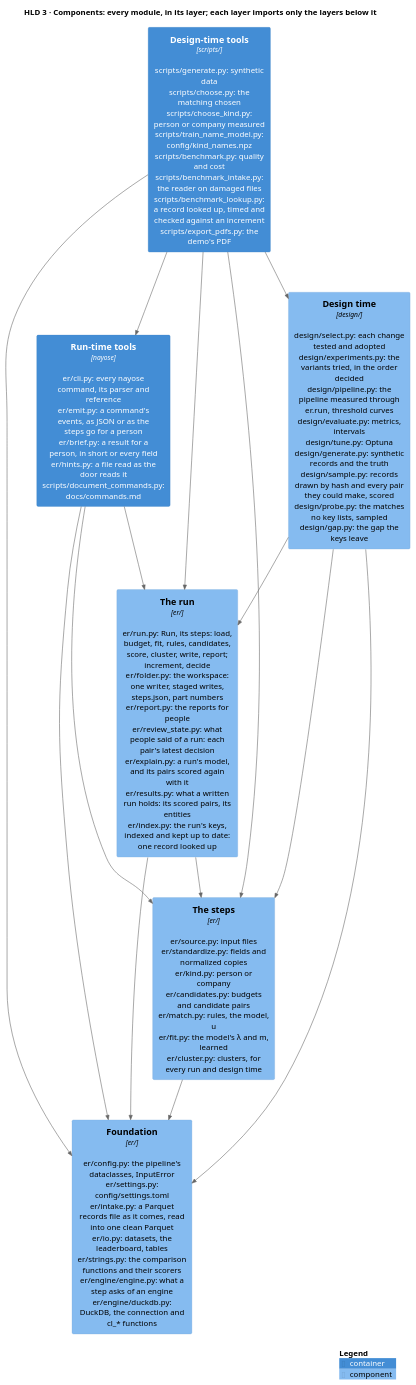
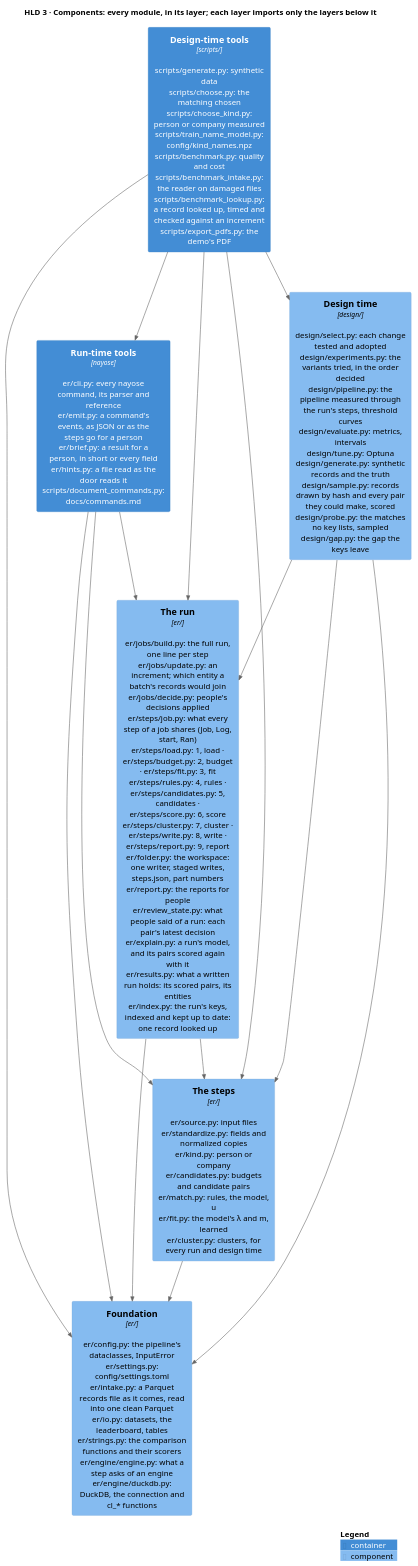
One commit to mvsbm/entity_matching changed the diagram in docs/diagrams/components.puml. Above: the diagram before and after it, drawn with PlantUML. The commit also changed 61 other files, not shown here.

First line of the commit message:
The Run class goes: each step is one module with its inputs and result explicit (er/steps/), and each job reads top to bottom (er/jobs/)

```diff
--- a/docs/diagrams/components.puml
+++ b/docs/diagrams/components.puml
@@ -1,31 +1,31 @@
 @startuml components
 !include <C4/C4_Component>
 LAYOUT_TOP_DOWN()
 HIDE_STEREOTYPE()
 title HLD 3 · Components: every module, in its layer; each layer imports only the layers below it
 
 Container(tools_run, "Run-time tools", "nayose", "er/cli.py: every nayose command, its parser and reference\ner/emit.py: a command's events, as JSON or as the steps go for a person\ner/brief.py: a result for a person, in short or every field\ner/hints.py: a file read as the door reads it\nscripts/document_commands.py: docs/commands.md")
 Container(tools_design, "Design-time tools", "scripts/", "scripts/generate.py: synthetic data\nscripts/choose.py: the matching chosen\nscripts/choose_kind.py: person or company measured\nscripts/train_name_model.py: config/kind_names.npz\nscripts/benchmark.py: quality and cost\nscripts/benchmark_intake.py: the reader on damaged files\nscripts/benchmark_lookup.py: a record looked up, timed and checked against an increment\nscripts/export_pdfs.py: the demo's PDF")
 
-Component(run, "The run", "er/", "er/run.py: Run, its steps: load, budget, fit, rules, candidates, score, cluster, write, report; increment, decide\ner/folder.py: the workspace: one writer, staged writes, steps.json, part numbers\ner/report.py: the reports for people\ner/review_state.py: what people said of a run: each pair's latest decision\ner/explain.py: a run's model, and its pairs scored again with it\ner/results.py: what a written run holds: its scored pairs, its entities\ner/index.py: the run's keys, indexed and kept up to date: one record looked up")
-Component(design, "Design time", "design/", "design/select.py: each change tested and adopted\ndesign/experiments.py: the variants tried, in the order decided\ndesign/pipeline.py: the pipeline measured through er.run, threshold curves\ndesign/evaluate.py: metrics, intervals\ndesign/tune.py: Optuna\ndesign/generate.py: synthetic records and the truth\ndesign/sample.py: records drawn by hash and every pair they could make, scored\ndesign/probe.py: the matches no key lists, sampled\ndesign/gap.py: the gap the keys leave")
+Component(run, "The run", "er/", "er/jobs/build.py: the full run, one line per step\ner/jobs/update.py: an increment; which entity a batch's records would join\ner/jobs/decide.py: people's decisions applied\ner/steps/job.py: what every step of a job shares (Job, Log, start, Ran)\ner/steps/load.py: 1, load · er/steps/budget.py: 2, budget · er/steps/fit.py: 3, fit\ner/steps/rules.py: 4, rules · er/steps/candidates.py: 5, candidates · er/steps/score.py: 6, score\ner/steps/cluster.py: 7, cluster · er/steps/write.py: 8, write · er/steps/report.py: 9, report\ner/folder.py: the workspace: one writer, staged writes, steps.json, part numbers\ner/report.py: the reports for people\ner/review_state.py: what people said of a run: each pair's latest decision\ner/explain.py: a run's model, and its pairs scored again with it\ner/results.py: what a written run holds: its scored pairs, its entities\ner/index.py: the run's keys, indexed and kept up to date: one record looked up")
+Component(design, "Design time", "design/", "design/select.py: each change tested and adopted\ndesign/experiments.py: the variants tried, in the order decided\ndesign/pipeline.py: the pipeline measured through the run's steps, threshold curves\ndesign/evaluate.py: metrics, intervals\ndesign/tune.py: Optuna\ndesign/generate.py: synthetic records and the truth\ndesign/sample.py: records drawn by hash and every pair they could make, scored\ndesign/probe.py: the matches no key lists, sampled\ndesign/gap.py: the gap the keys leave")
 Component(steps, "The steps", "er/", "er/source.py: input files\ner/standardize.py: fields and normalized copies\ner/kind.py: person or company\ner/candidates.py: budgets and candidate pairs\ner/match.py: rules, the model, u\ner/fit.py: the model's λ and m, learned\ner/cluster.py: clusters, for every run and design time")
 Component(configuration, "Foundation", "er/", "er/config.py: the pipeline's dataclasses, InputError\ner/settings.py: config/settings.toml\ner/intake.py: a Parquet records file as it comes, read into one clean Parquet\ner/io.py: datasets, the leaderboard, tables\ner/strings.py: the comparison functions and their scorers\ner/engine/engine.py: what a step asks of an engine\ner/engine/duckdb.py: DuckDB, the connection and cl_* functions")
 
 Rel_D(tools_run, run, "")
 Rel_D(tools_run, steps, "")
 Rel_D(tools_run, configuration, "")
 Rel_D(tools_design, tools_run, "")
 Rel_D(tools_design, run, "")
 Rel_D(tools_design, design, "")
 Rel_D(tools_design, steps, "")
 Rel_D(tools_design, configuration, "")
 Rel_D(run, steps, "")
 Rel_D(run, configuration, "")
 Rel_D(design, run, "")
 Rel_D(design, steps, "")
 Rel_D(design, configuration, "")
 Rel_D(steps, configuration, "")
 
 SHOW_LEGEND()
 @enduml
```
